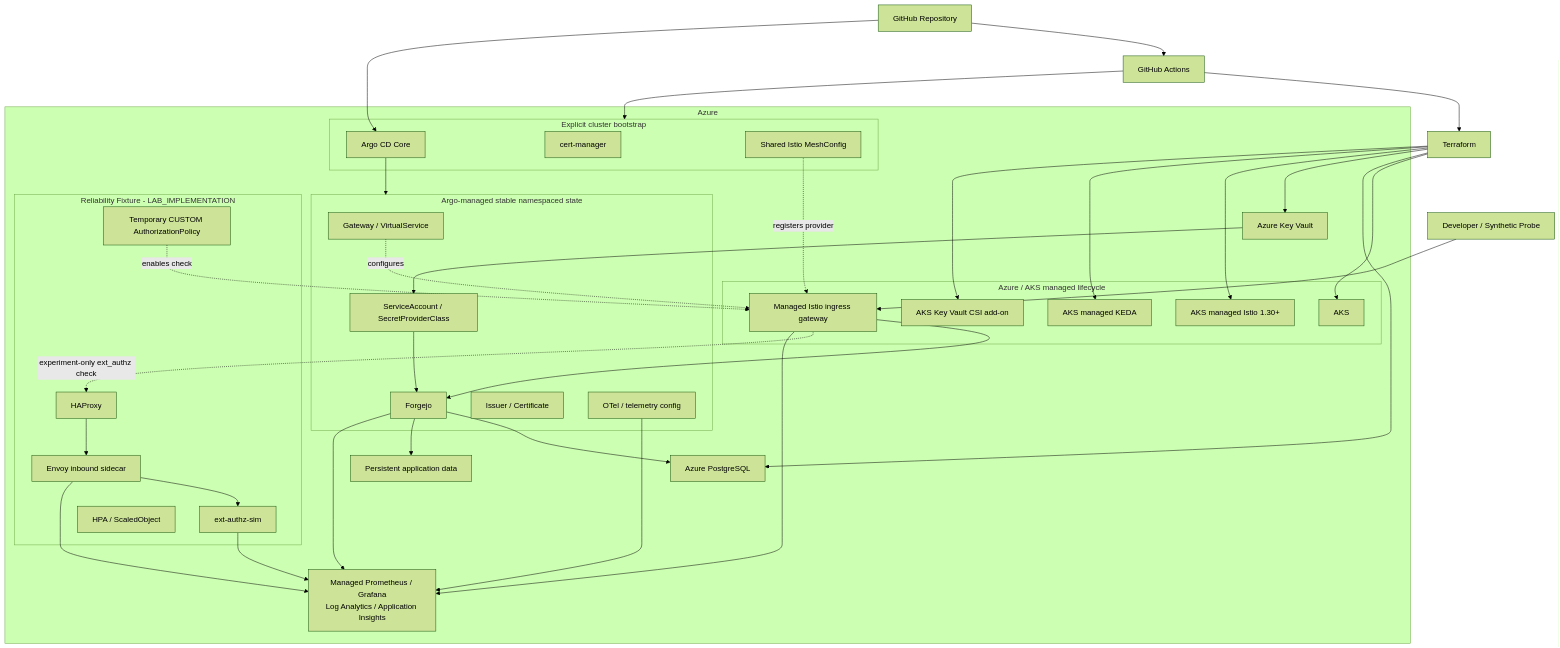
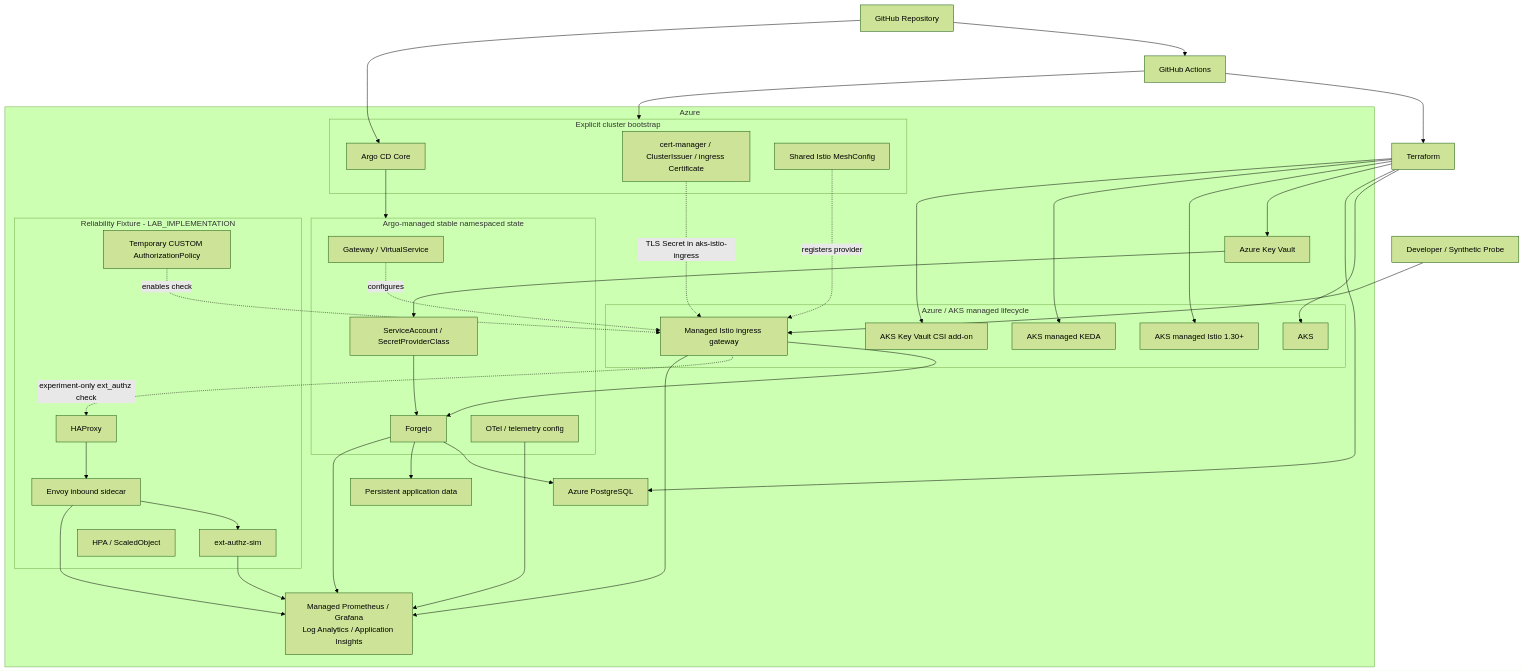
Before and after one commit to imcherry5778-labs/github-capacity-cascade-platform-archive: the diagram in docs/architecture.md, drawn with Mermaid (forest theme). The commit also changed other lines of this file and 4 other files, not shown here.

````diff
--- a/docs/architecture.md
+++ b/docs/architecture.md
@@ -13,77 +13,77 @@
 ```mermaid
 flowchart TB
     DEV["Developer / Synthetic Probe"]
     GH["GitHub Repository"]
     CI["GitHub Actions"]
     TF["Terraform"]
 
     subgraph AZ["Azure"]
         subgraph MANAGED["Azure / AKS managed lifecycle"]
             AKS["AKS"]
             MESH["AKS managed Istio 1.30+"]
             MIGW["Managed Istio ingress gateway"]
             MKEDA["AKS managed KEDA"]
             CSI["AKS Key Vault CSI add-on"]
         end
 
         subgraph BOOT["Explicit cluster bootstrap"]
             ARGO["Argo CD Core"]
-            CERT["cert-manager"]
+            CERT["cert-manager / ClusterIssuer / ingress Certificate"]
             MCFG["Shared Istio MeshConfig"]
         end
 
         subgraph STABLE["Argo-managed stable namespaced state"]
             ROUTE["Gateway / VirtualService"]
             FORGEJO["Forgejo"]
-            TLS["Issuer / Certificate"]
             WID["ServiceAccount / SecretProviderClass"]
             TEL["OTel / telemetry config"]
         end
 
         PG["Azure PostgreSQL"]
         DISK["Persistent application data"]
         KV["Azure Key Vault"]
 
         subgraph EXP["Reliability Fixture - LAB_IMPLEMENTATION"]
             HAP["HAProxy"]
             ENVOY["Envoy inbound sidecar"]
             AUTH["ext-authz-sim"]
             POLICY["Temporary CUSTOM AuthorizationPolicy"]
             SCALE["HPA / ScaledObject"]
         end
 
         OBS["Managed Prometheus / Grafana
 Log Analytics / Application Insights"]
     end
 
     GH --> CI
     CI --> TF
     TF --> AKS
     TF --> PG
     TF --> KV
     TF --> MESH
     TF --> MKEDA
     TF --> CSI
 
     CI --> BOOT
     GH --> ARGO
     ARGO --> STABLE
 
     DEV --> MIGW
     ROUTE -. "configures" .-> MIGW
     MIGW --> FORGEJO
     FORGEJO --> PG
     FORGEJO --> DISK
     KV --> WID --> FORGEJO
+    CERT -. "TLS Secret in aks-istio-ingress" .-> MIGW
 
     MIGW -. "experiment-only ext_authz check" .-> HAP
     HAP --> ENVOY --> AUTH
     POLICY -. "enables check" .-> MIGW
     MCFG -. "registers provider" .-> MIGW
 
     FORGEJO --> OBS
     MIGW --> OBS
     ENVOY --> OBS
     AUTH --> OBS
     TEL --> OBS
 ```
````
